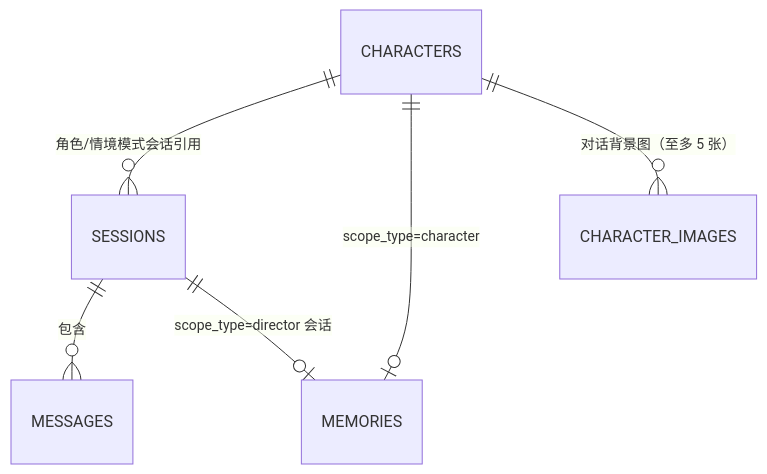
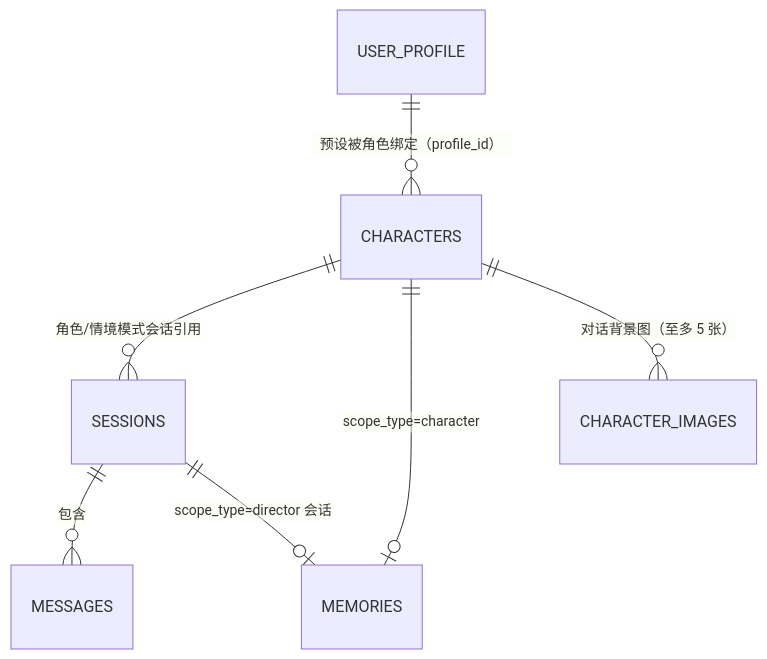
Before and after one commit to camoilo/wonder-realm: the second of 2 diagrams in DEVELOPMENT.md, drawn with Mermaid. The commit also changed other lines of this file and 21 other files, not shown here.

````diff
--- a/DEVELOPMENT.md
+++ b/DEVELOPMENT.md
@@ -309,8 +321,9 @@
 ```mermaid
 erDiagram
     CHARACTERS ||--o{ SESSIONS : "角色/情境模式会话引用"
     SESSIONS ||--o{ MESSAGES : "包含"
     CHARACTERS ||--o| MEMORIES : "scope_type=character"
     SESSIONS ||--o| MEMORIES : "scope_type=director 会话"
     CHARACTERS ||--o{ CHARACTER_IMAGES : "对话背景图（至多 5 张）"
+    USER_PROFILE ||--o{ CHARACTERS : "预设被角色绑定（profile_id）"
 ```
````
